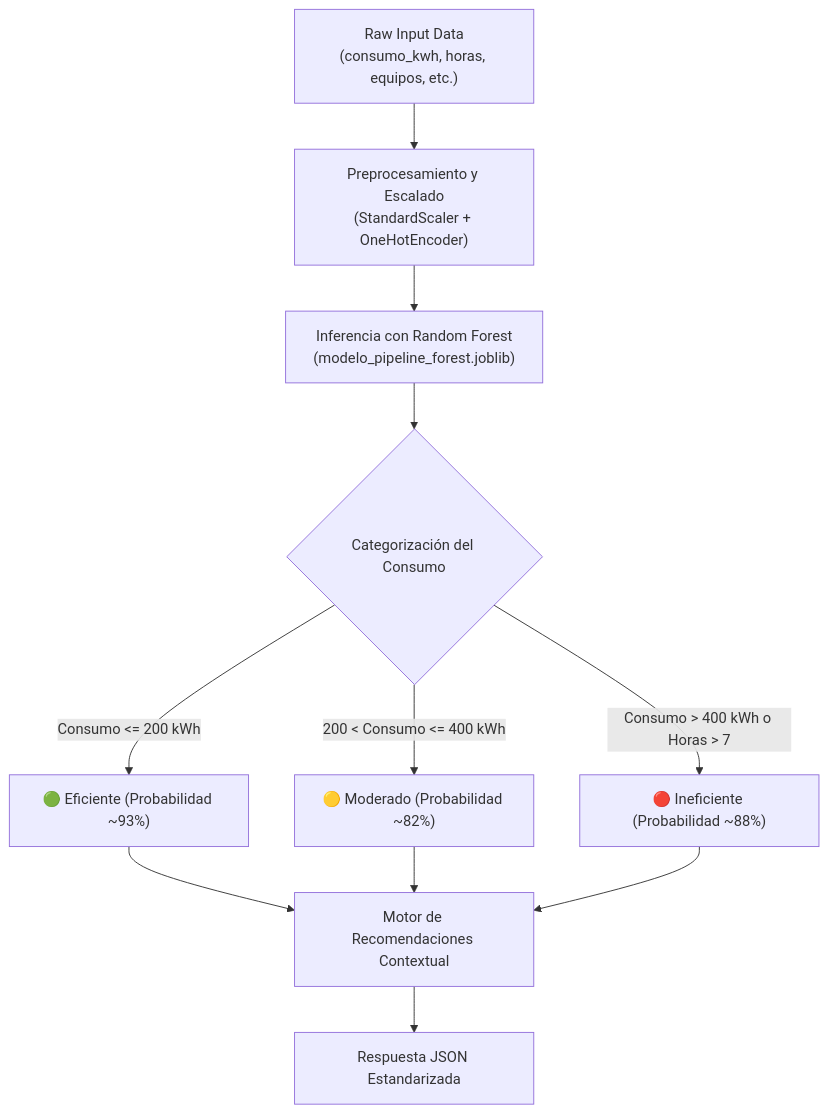
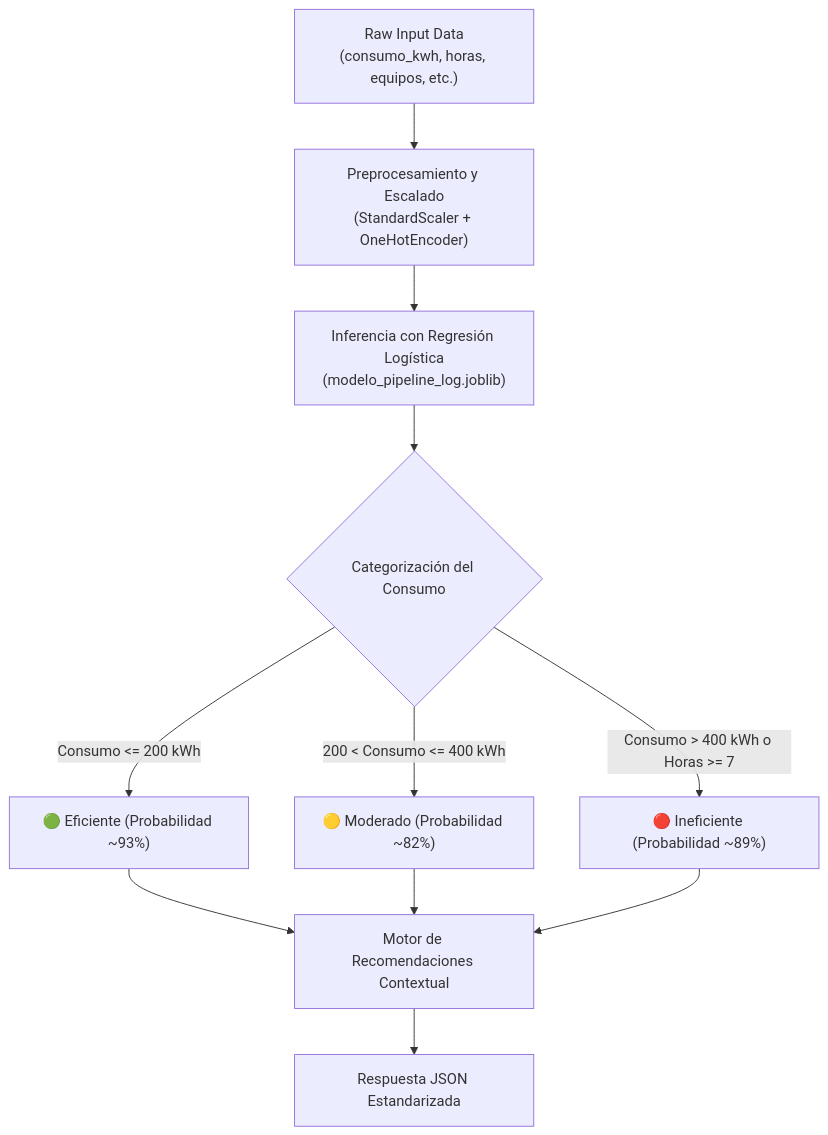
The second of 3 diagrams in README.md (No-Country-simulation/G9-LATAM-TEAM-60), drawn with Mermaid before and after one commit. The commit also changed other lines of this file and 2 other files, not shown here.

Commit message:
docs(frontend): actualizar Frontend/README.md, README.md y diagramas Mermaid con arquitectura relacional de 3 tablas y modelo de Regresión Logística

````diff
--- a/README.md
+++ b/README.md
@@ -279,13 +279,13 @@
 ```mermaid
 flowchart TD
     A["Raw Input Data\n(consumo_kwh, horas, equipos, etc.)"] --> B["Preprocesamiento y Escalado\n(StandardScaler + OneHotEncoder)"]
-    B --> C["Inferencia con Random Forest\n(modelo_pipeline_forest.joblib)"]
+    B --> C["Inferencia con Regresión Logística\n(modelo_pipeline_log.joblib)"]
     C --> D{"Categorización del Consumo"}
     D -->|"Consumo <= 200 kWh"| E["🟢 Eficiente (Probabilidad ~93%)"]
     D -->|"200 < Consumo <= 400 kWh"| F["🟡 Moderado (Probabilidad ~82%)"]
-    D -->|"Consumo > 400 kWh o Horas > 7"| G["🔴 Ineficiente (Probabilidad ~88%)"]
+    D -->|"Consumo > 400 kWh o Horas >= 7"| G["🔴 Ineficiente (Probabilidad ~89%)"]
     E --> H["Motor de Recomendaciones Contextual"]
     F --> H
     G --> H
     H --> I["Respuesta JSON Estandarizada"]
 ```
````
